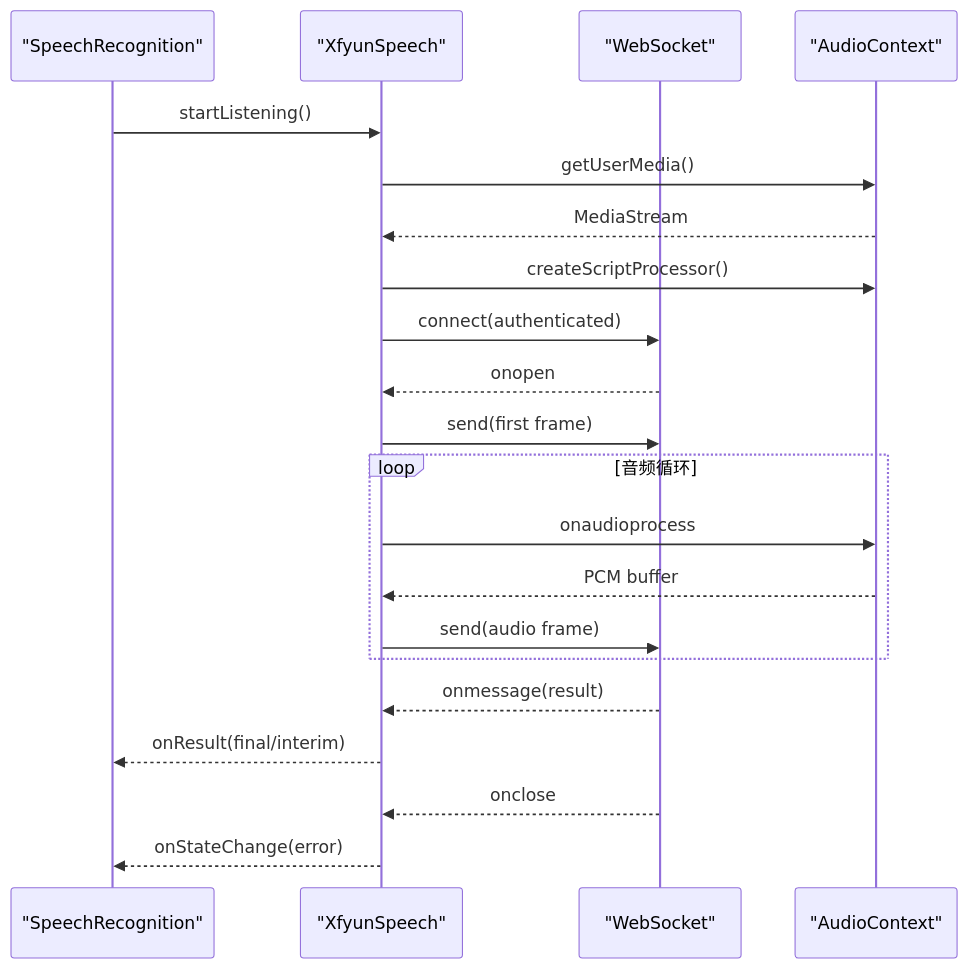
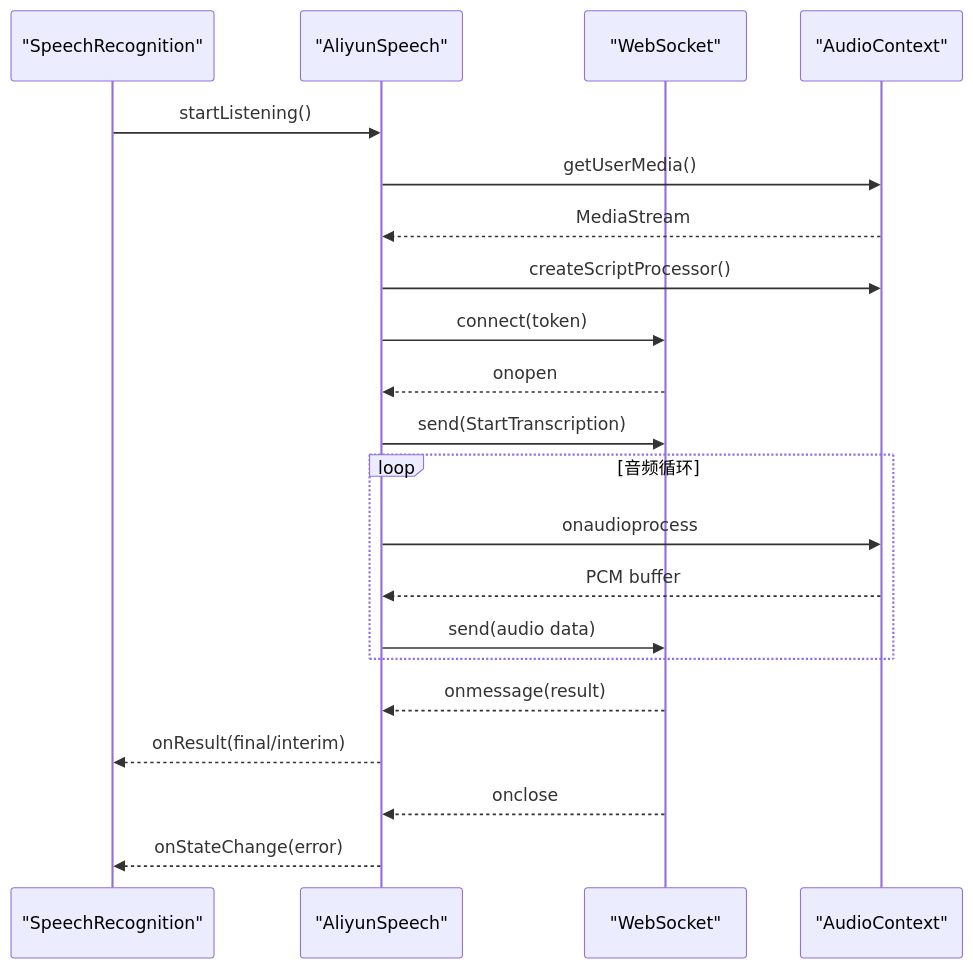
The fourth of 5 diagrams in .qoder/repowiki/zh/content/语音识别模块详解/错误处理与恢复.md (db300/MySpeechRecognition), drawn with Mermaid before and after one commit. The commit also changed other lines of this file and 10 other files, not shown here.

````diff
--- a/.qoder/repowiki/zh/content/语音识别模块详解/错误处理与恢复.md
+++ b/.qoder/repowiki/zh/content/语音识别模块详解/错误处理与恢复.md
@@ -188,23 +188,23 @@
 ```mermaid
 sequenceDiagram
 participant S as "SpeechRecognition"
-participant X as "XfyunSpeech"
+participant X as "AliyunSpeech"
 participant WS as "WebSocket"
 participant AC as "AudioContext"
 S->>X : startListening()
 X->>AC : getUserMedia()
 AC-->>X : MediaStream
 X->>AC : createScriptProcessor()
-X->>WS : connect(authenticated)
+X->>WS : connect(token)
 WS-->>X : onopen
-X->>WS : send(first frame)
+X->>WS : send(StartTranscription)
 loop 音频循环
 X->>AC : onaudioprocess
 AC-->>X : PCM buffer
-X->>WS : send(audio frame)
+X->>WS : send(audio data)
 end
 WS-->>X : onmessage(result)
 X-->>S : onResult(final/interim)
 WS-->>X : onclose
 X-->>S : onStateChange(error)
 ```
````
